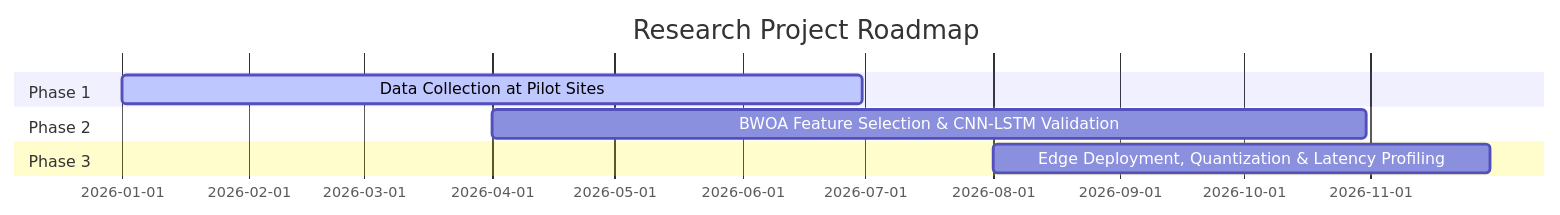
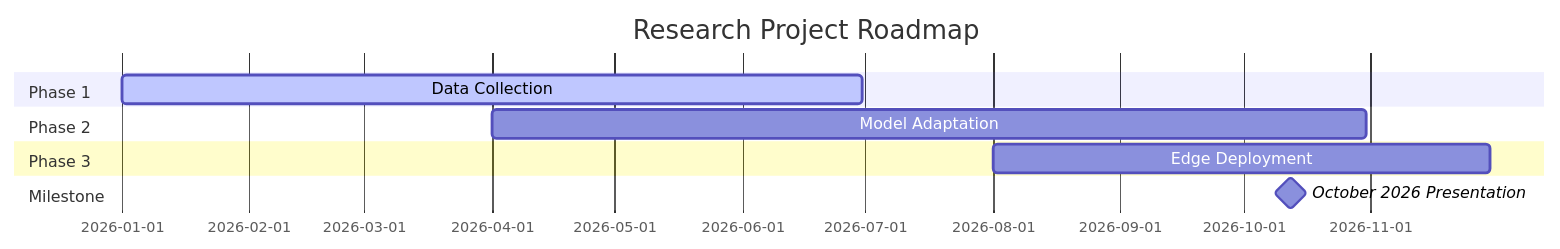
The second of 4 diagrams in README.md (mhiskall282/unesco-project), drawn with Mermaid before and after one commit. The commit also changed other lines of this file and 25 other files, not shown here.

First line of the commit message:
feat: complete implementation, full documentation, and Mermaid architecture diagrams

````diff
--- a/README.md
+++ b/README.md
@@ -30,11 +40,13 @@
 ```mermaid
 gantt
     title Research Project Roadmap
     dateFormat  YYYY-MM-DD
     section Phase 1
-    Data Collection at Pilot Sites :active, des1, 2026-01-01, 2026-06-30
+    Data Collection :active, des1, 2026-01-01, 2026-06-30
     section Phase 2
-    BWOA Feature Selection & CNN-LSTM Validation : des2, 2026-04-01, 2026-10-31
+    Model Adaptation : des2, 2026-04-01, 2026-10-31
     section Phase 3
-    Edge Deployment, Quantization & Latency Profiling : des3, 2026-08-01, 2026-11-30
+    Edge Deployment : des3, 2026-08-01, 2026-11-30
+    section Milestone
+    October 2026 Presentation : milestone, m1, 2026-10-12, 1d
 ```
````
